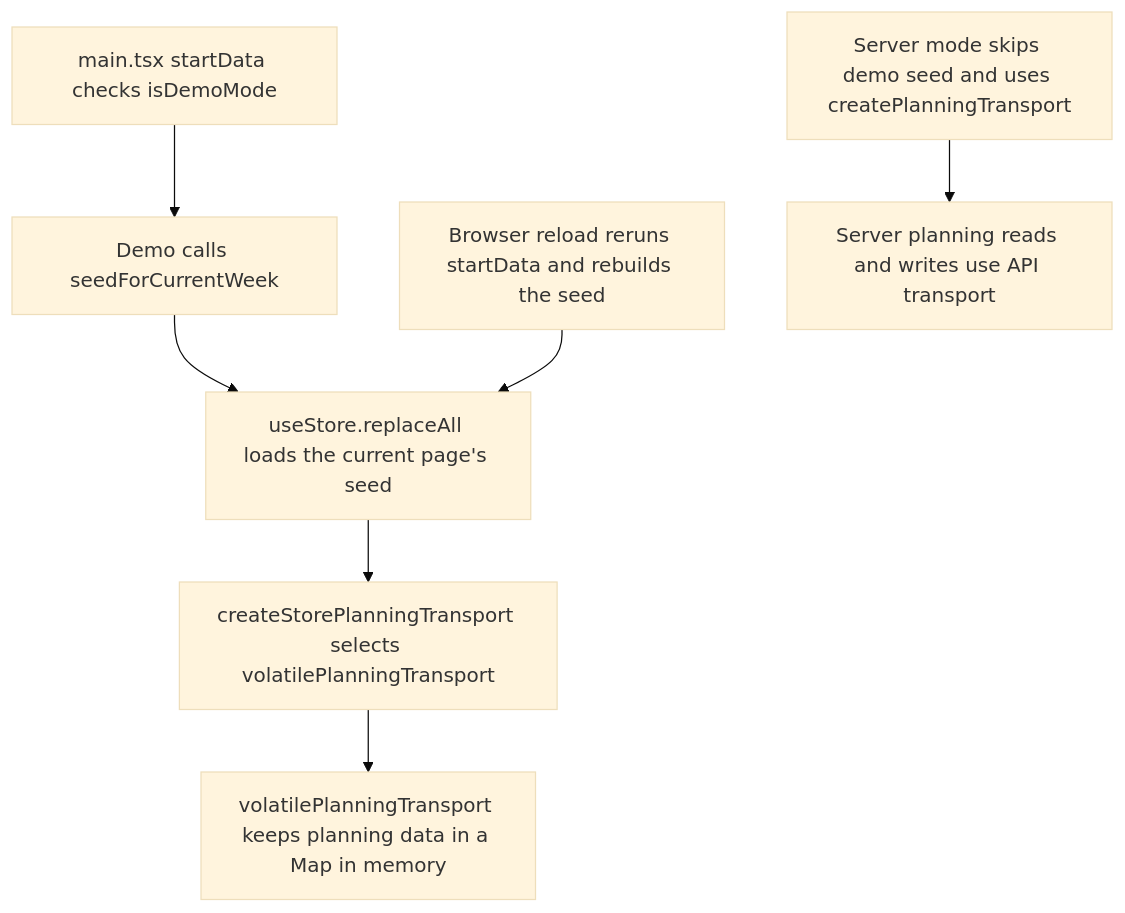
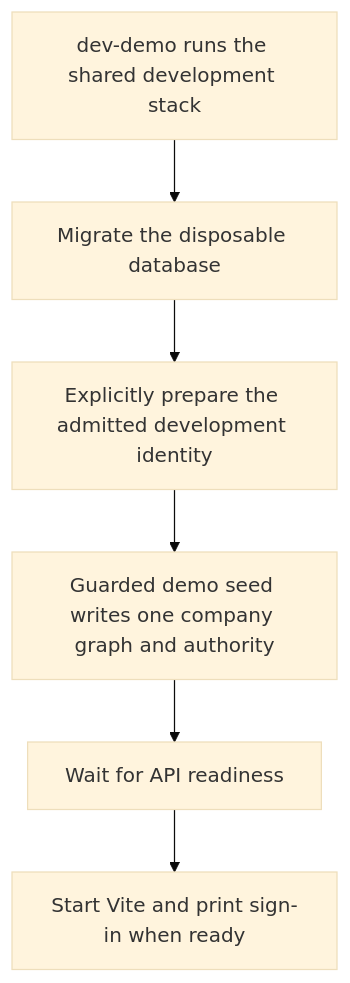
Before and after one commit to Kevinjohn/capacitylens: the second of 2 diagrams in user-stories/data/US-DAT-06-seed-and-no-reseed.md, drawn with Mermaid (base theme). The commit also changed other lines of this file and 343 other files, not shown here.

Commit message:
feat: use server-owned company planning and a disposable development demo

````diff
--- a/user-stories/data/US-DAT-06-seed-and-no-reseed.md
+++ b/user-stories/data/US-DAT-06-seed-and-no-reseed.md
@@ -28,9 +32,8 @@
 ```mermaid
 flowchart TD
-  main["main.tsx startData checks isDemoMode"] --> seed["Demo calls seedForCurrentWeek"]
-  seed --> store["useStore.replaceAll loads the current page's seed"]
-  store --> transport["createStorePlanningTransport selects volatilePlanningTransport"]
-  transport --> memory["volatilePlanningTransport keeps planning data in a Map in memory"]
-  reload["Browser reload reruns startData and rebuilds the seed"] --> store
-  server["Server mode skips demo seed and uses createPlanningTransport"] --> api["Server planning reads and writes use API transport"]
+  launcher["dev-demo runs the shared development stack"] --> migrate["Migrate the disposable database"]
+  migrate --> identity["Explicitly prepare the admitted development identity"]
+  identity --> seed["Guarded demo seed writes one company graph and authority"]
+  seed --> api["Wait for API readiness"]
+  api --> web["Start Vite and print sign-in when ready"]
 ```
````
